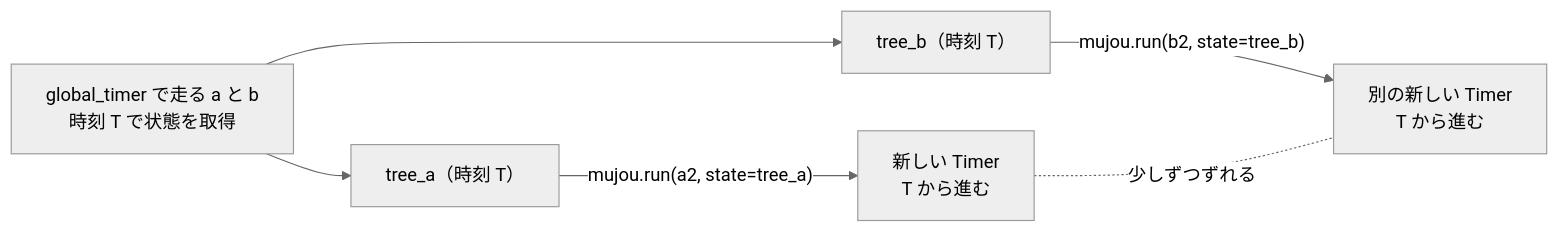
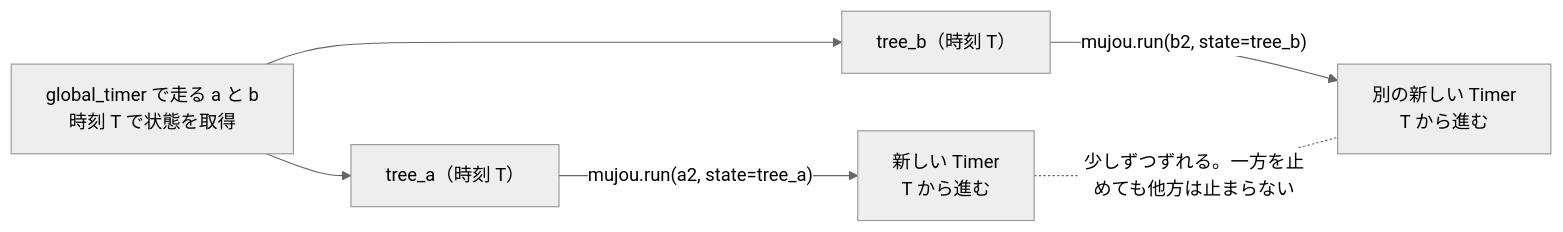
Before and after one commit to Geson-anko/mujou: the second of 2 diagrams in docs/ja/topics/time.md, drawn with Mermaid (neutral theme). The commit also changed other lines of this file and 49 other files, not shown here.

````diff
--- a/docs/ja/topics/time.md
+++ b/docs/ja/topics/time.md
@@ -222,8 +136,8 @@
 ```mermaid
 flowchart LR
     G["global_timer で走る a と b<br/>時刻 T で状態を取得"] --> TA["tree_a（時刻 T）"]
     G --> TB2["tree_b（時刻 T）"]
     TA -->|"mujou.run(a2, state=tree_a)"| RA["新しい Timer<br/>T から進む"]
     TB2 -->|"mujou.run(b2, state=tree_b)"| RB["別の新しい Timer<br/>T から進む"]
-    RA -.-|"少しずつずれる"| RB
+    RA -.-|"少しずつずれる。一方を止めても他方は止まらない"| RB
 ```
````
